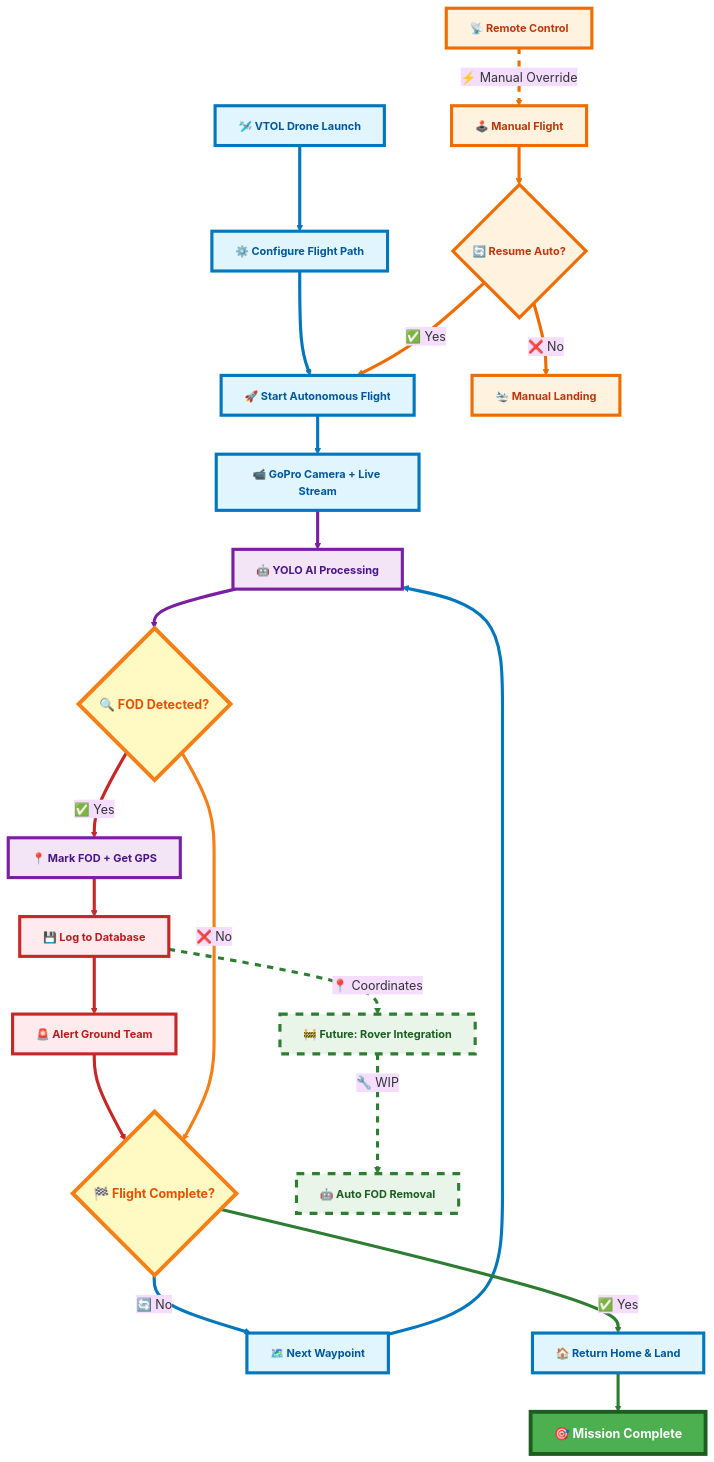
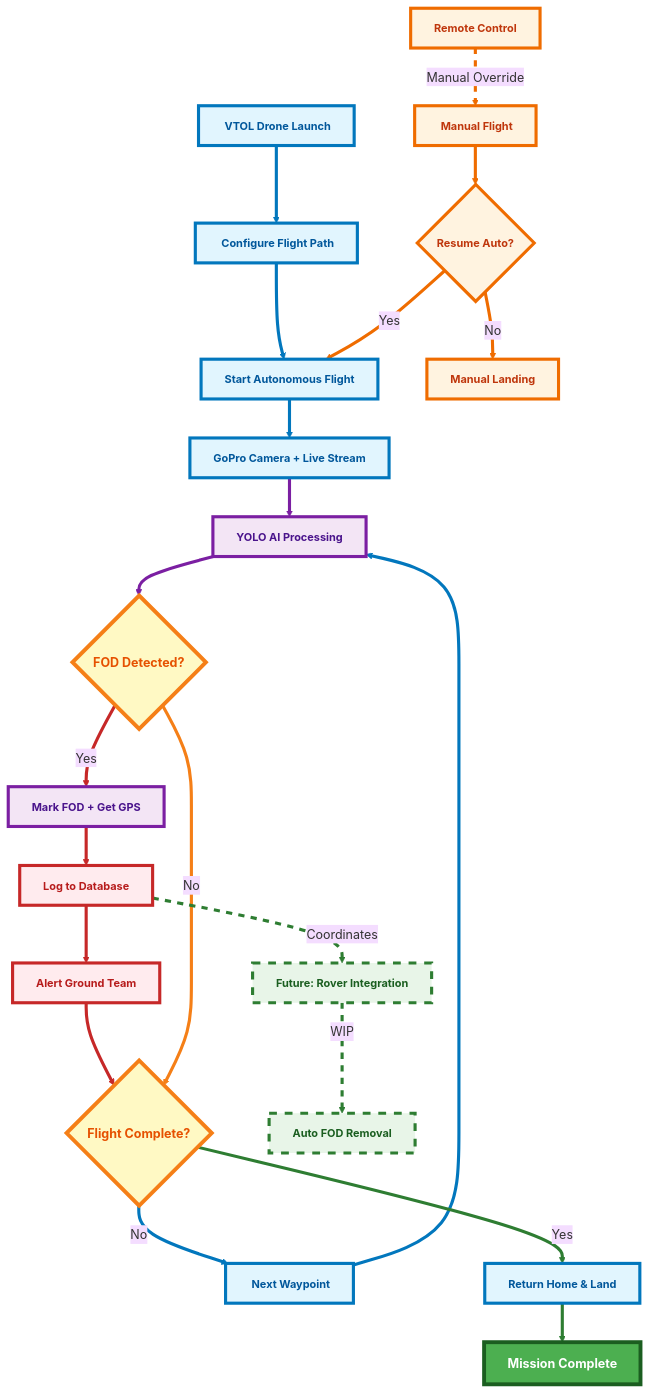
Before and after one commit to danMoksh/visionEdge: the diagram in README.md, drawn with Mermaid (base theme). The commit also changed other lines of this file and 1 other file, not shown here.

````diff
--- a/README.md
+++ b/README.md
@@ -17,73 +17,73 @@
 ```mermaid
 flowchart TD
-    A[🛩️ VTOL Drone Launch] --> B[⚙️ Configure Flight Path]
-    B --> C[🚀 Start Autonomous Flight]
-    C --> D[📹 GoPro Camera + Live Stream]
-    D --> E[🤖 YOLO AI Processing]
-    E --> F{🔍 FOD Detected?}
-    F -->|✅ Yes| G[📍 Mark FOD + Get GPS]
-    G --> H[💾 Log to Database]
-    H --> I[🚨 Alert Ground Team]
-    I --> J{🏁 Flight Complete?}
-    F -->|❌ No| J
-    J -->|🔄 No| K[🗺️ Next Waypoint]
+    A[️ VTOL Drone Launch] --> B[️ Configure Flight Path]
+    B --> C[ Start Autonomous Flight]
+    C --> D[ GoPro Camera + Live Stream]
+    D --> E[ YOLO AI Processing]
+    E --> F{ FOD Detected?}
+    F -->| Yes| G[ Mark FOD + Get GPS]
+    G --> H[ Log to Database]
+    H --> I[ Alert Ground Team]
+    I --> J{ Flight Complete?}
+    F -->| No| J
+    J -->| No| K[️ Next Waypoint]
     K --> E
-    J -->|✅ Yes| L[🏠 Return Home & Land]
-    L --> M[🎯 Mission Complete]
+    J -->| Yes| L[ Return Home & Land]
+    L --> M[ Mission Complete]
     
     %% Manual Override
-    N[📡 Remote Control] -.->|⚡ Manual Override| O[🕹️ Manual Flight]
-    O --> P{🔄 Resume Auto?}
-    P -->|✅ Yes| C
-    P -->|❌ No| Q[🛬 Manual Landing]
+    N[ Remote Control] -.->| Manual Override| O[️ Manual Flight]
+    O --> P{ Resume Auto?}
+    P -->| Yes| C
+    P -->| No| Q[ Manual Landing]
     
     %% Future Enhancement
-    R[🚧 Future: Rover Integration] -.->|🔧 WIP| S[🤖 Auto FOD Removal]
-    H -.->|📍 Coordinates| R
+    R[ Future: Rover Integration] -.->| WIP| S[ Auto FOD Removal]
+    H -.->| Coordinates| R
     
     %% Beautiful Styling with Rich Colors and Effects
     classDef drone fill:#e1f5fe,stroke:#0277bd,stroke-width:4px,color:#01579b,font-weight:bold,font-size:14px
     
     classDef detection fill:#f3e5f5,stroke:#7b1fa2,stroke-width:4px,color:#4a148c,font-weight:bold,font-size:14px
     
     classDef alert fill:#ffebee,stroke:#c62828,stroke-width:4px,color:#b71c1c,font-weight:bold,font-size:14px
     
     classDef manual fill:#fff3e0,stroke:#ef6c00,stroke-width:4px,color:#bf360c,font-weight:bold,font-size:14px
     
     classDef future fill:#e8f5e8,stroke:#2e7d32,stroke-width:4px,stroke-dasharray:10 10,color:#1b5e20,font-weight:bold,font-size:14px
     
     classDef decision fill:#fff9c4,stroke:#f57f17,stroke-width:5px,color:#e65100,font-weight:bold,font-size:16px
     
     classDef complete fill:#4caf50,stroke:#1b5e20,stroke-width:5px,color:#ffffff,font-weight:bold,font-size:16px
     
     %% Apply classes
     class A,B,C,D,K,L drone
     class E,G detection
     class H,I alert
     class N,O,P,Q manual
     class R,S future
     class F,J decision
     class M complete
     
     %% Enhanced link styling with rich colors
     linkStyle 0 stroke:#0277bd,stroke-width:4px
     linkStyle 1 stroke:#0277bd,stroke-width:4px
     linkStyle 2 stroke:#0277bd,stroke-width:4px
     linkStyle 3 stroke:#7b1fa2,stroke-width:4px
     linkStyle 4 stroke:#7b1fa2,stroke-width:4px
     linkStyle 5 stroke:#c62828,stroke-width:4px
     linkStyle 6 stroke:#c62828,stroke-width:4px
     linkStyle 7 stroke:#c62828,stroke-width:4px
     linkStyle 8 stroke:#c62828,stroke-width:4px
     linkStyle 9 stroke:#f57f17,stroke-width:4px
     linkStyle 10 stroke:#0277bd,stroke-width:4px
     linkStyle 11 stroke:#0277bd,stroke-width:4px
     linkStyle 12 stroke:#2e7d32,stroke-width:4px
     linkStyle 13 stroke:#2e7d32,stroke-width:4px
     linkStyle 14 stroke:#ef6c00,stroke-width:4px,stroke-dasharray:8 8
     linkStyle 15 stroke:#ef6c00,stroke-width:4px
     linkStyle 16 stroke:#ef6c00,stroke-width:4px
     linkStyle 17 stroke:#ef6c00,stroke-width:4px
     linkStyle 18 stroke:#2e7d32,stroke-width:4px,stroke-dasharray:8 8
     linkStyle 19 stroke:#2e7d32,stroke-width:4px,stroke-dasharray:8 8
 ```
````
